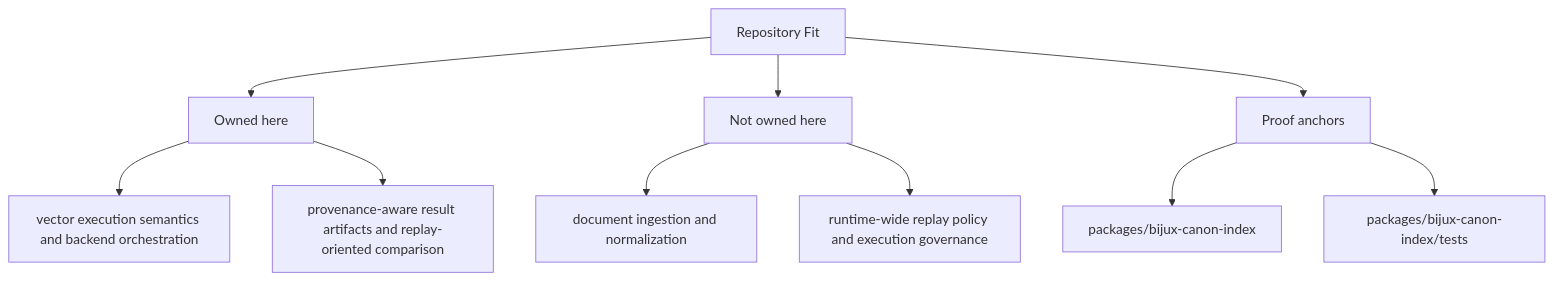
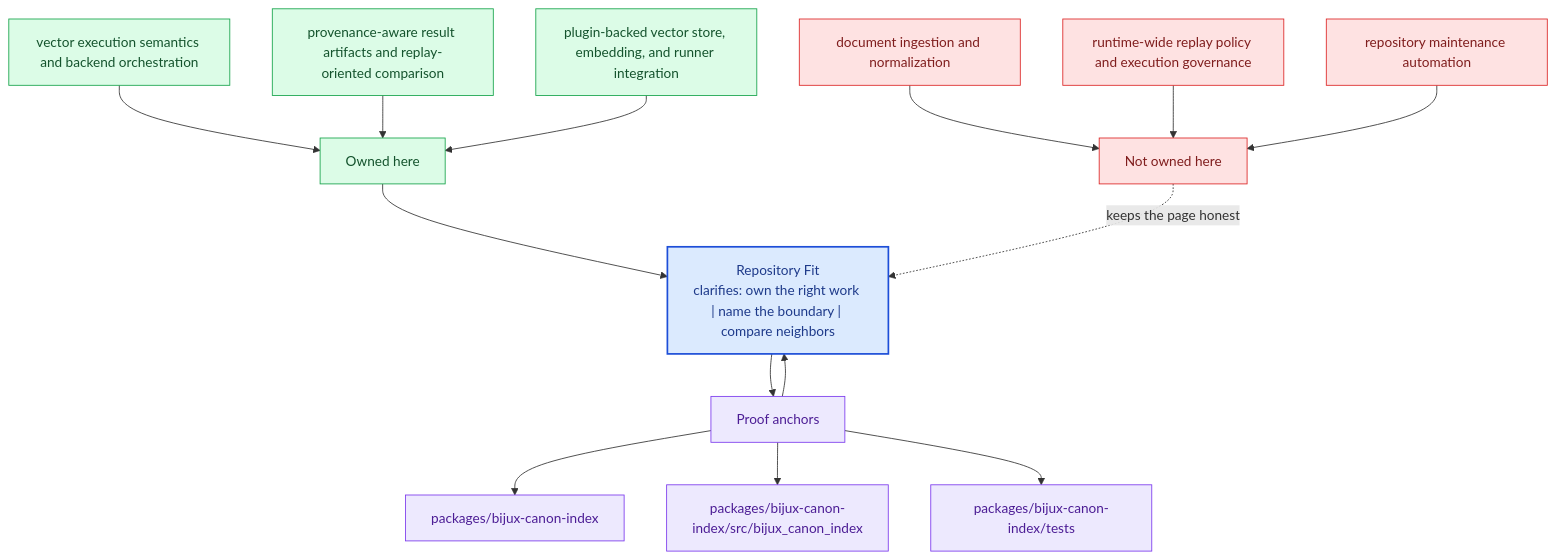
One commit to bijux/bijux-canon changed the second of 2 diagrams in docs/bijux-canon-index/foundation/repository-fit.md. Above: the diagram before and after it, drawn with Mermaid. The commit also changed other lines of this file and 281 other files, not shown here.

Commit message:
docs(diagrams): deepen handbook mermaid maps across the catalog

````diff
--- a/docs/bijux-canon-index/foundation/repository-fit.md
+++ b/docs/bijux-canon-index/foundation/repository-fit.md
@@ -36,22 +69,40 @@
 ```mermaid
-flowchart TD
-    page["Repository Fit"]
+flowchart TB
+    promise["Repository Fit<br/>clarifies: own the right work | name the boundary | compare neighbors"]
+    classDef promise fill:#dbeafe,stroke:#1d4ed8,color:#1e3a8a,stroke-width:2px;
+    classDef driver fill:#dcfce7,stroke:#16a34a,color:#14532d;
+    classDef constraint fill:#fee2e2,stroke:#dc2626,color:#7f1d1d;
+    classDef ground fill:#ede9fe,stroke:#7c3aed,color:#4c1d95;
     focus1["Owned here"]
-    page --> focus1
+    focus1 --> promise
     focus1_1["vector execution semantics and backend orchestration"]
-    focus1 --> focus1_1
+    focus1_1 --> focus1
     focus1_2["provenance-aware result artifacts and replay-oriented comparison"]
-    focus1 --> focus1_2
+    focus1_2 --> focus1
+    focus1_3["plugin-backed vector store, embedding, and runner integration"]
+    focus1_3 --> focus1
+    class focus1 driver;
+    class focus1_1,focus1_2,focus1_3 driver;
     focus2["Not owned here"]
-    page --> focus2
+    focus2 -.keeps the page honest.-> promise
     focus2_1["document ingestion and normalization"]
-    focus2 --> focus2_1
+    focus2_1 --> focus2
     focus2_2["runtime-wide replay policy and execution governance"]
-    focus2 --> focus2_2
+    focus2_2 --> focus2
+    focus2_3["repository maintenance automation"]
+    focus2_3 --> focus2
+    class focus2 constraint;
+    class focus2_1,focus2_2,focus2_3 constraint;
     focus3["Proof anchors"]
-    page --> focus3
+    focus3 --> promise
+    promise --> focus3
     focus3_1["packages/bijux-canon-index"]
     focus3 --> focus3_1
-    focus3_2["packages/bijux-canon-index/tests"]
+    focus3_2["packages/bijux-canon-index/src/bijux_canon_index"]
     focus3 --> focus3_2
+    focus3_3["packages/bijux-canon-index/tests"]
+    focus3 --> focus3_3
+    class focus3 ground;
+    class focus3_1,focus3_2,focus3_3 ground;
+    class promise promise;
 ```
````
